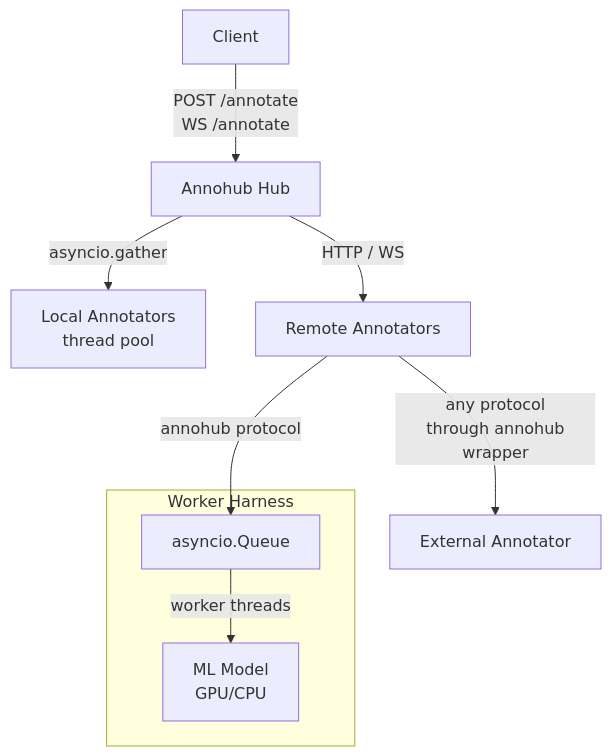
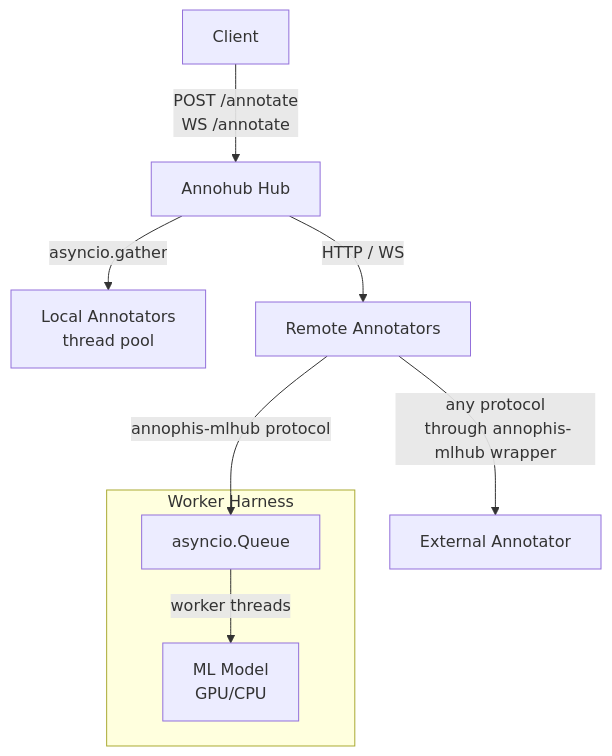
The diagram in README.md (GhentCDH/annophis-mlhub), drawn with Mermaid before and after one commit. The commit also changed other lines of this file and 38 other files, not shown here.

Commit message:
chore: rename project to annophis-mlhub

````diff
--- a/README.md
+++ b/README.md
@@ -9,14 +9,14 @@
 ```mermaid
 graph TD
     Client -->|POST /annotate\nWS /annotate| Hub[Annohub Hub]
 
     Hub -->|asyncio.gather| Local[Local Annotators\nthread pool]
     Hub -->|HTTP / WS| Remote[Remote Annotators]
-    Remote -->|annohub protocol| Queue[asyncio.Queue]
+    Remote -->|annophis-mlhub protocol| Queue[asyncio.Queue]
 
     subgraph Worker Harness
         Queue -->|worker threads| Model[ML Model\nGPU/CPU]
     end
 
-    Remote -->|any protocol\n through annohub wrapper| External[External Annotator]
+    Remote -->|any protocol\n through annophis-mlhub wrapper| External[External Annotator]
 ```
````
